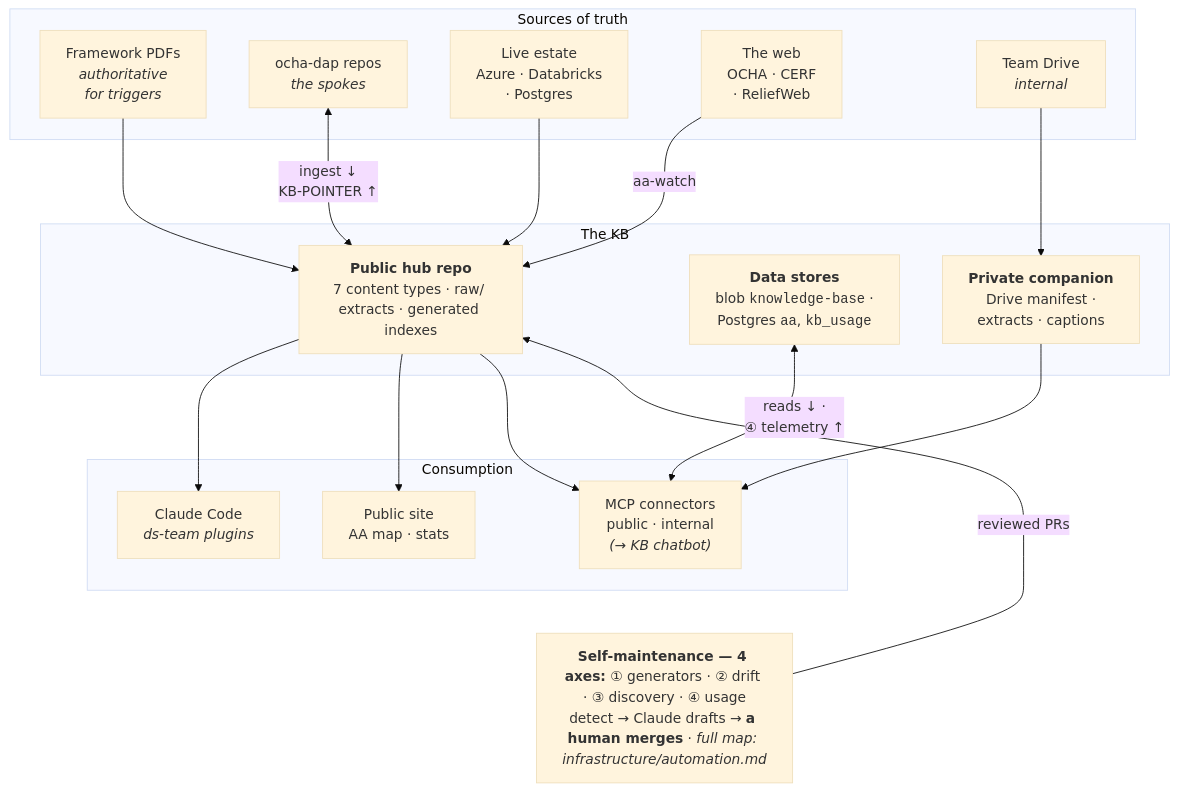
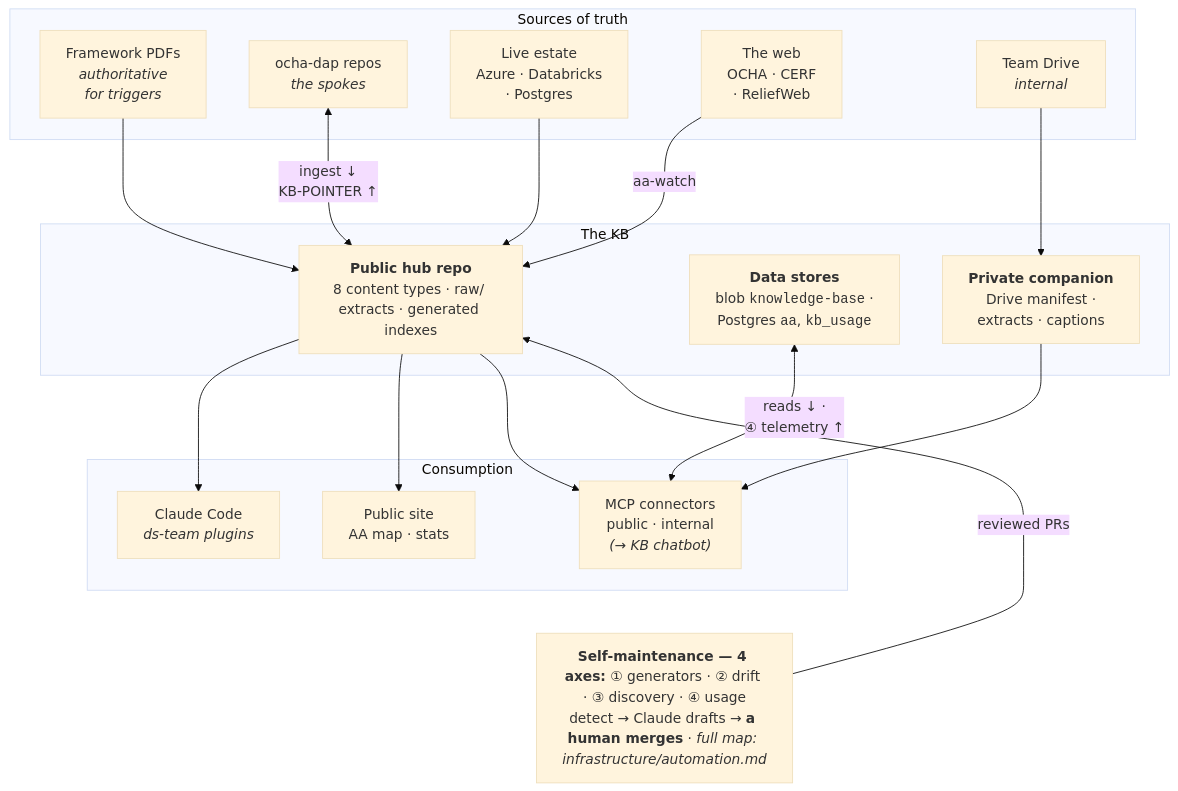
The diagram in docs/DESIGN.md (OCHA-DAP/ds-knowledge-base), drawn with Mermaid (base theme) before and after one commit. The commit also changed 4 other files, not shown here.

````diff
--- a/docs/DESIGN.md
+++ b/docs/DESIGN.md
@@ -13,40 +13,40 @@
 ```mermaid
 flowchart TD
   subgraph SRC["Sources of truth"]
     PDF["Framework PDFs<br/><i>authoritative<br/>for triggers</i>"]
     Repos["ocha-dap repos<br/><i>the spokes</i>"]
     Live["Live estate<br/>Azure · Databricks<br/>· Postgres"]
     Web["The web<br/>OCHA · CERF<br/>· ReliefWeb"]
     Drive["Team Drive<br/><i>internal</i>"]
   end
 
   subgraph KB["The KB"]
-    Hub["<b>Public hub repo</b><br/>7 content types · raw/ extracts · generated indexes"]
+    Hub["<b>Public hub repo</b><br/>8 content types · raw/ extracts · generated indexes"]
     Int["<b>Private companion</b><br/>Drive manifest ·<br/>extracts · captions"]
     Data["<b>Data stores</b><br/>blob <code>knowledge-base</code> ·<br/>Postgres <code>aa</code>, <code>kb_usage</code>"]
   end
 
   subgraph OUT["Consumption"]
     CC["Claude Code<br/><i>ds-team plugins</i>"]
     Site["Public site<br/>AA map · stats"]
     MCP["MCP connectors<br/>public · internal<br/><i>(→ KB chatbot)</i>"]
   end
 
   Maint["<b>Self-maintenance — 4 axes:</b> ① generators · ② drift · ③ discovery · ④ usage<br/>detect → Claude drafts → <b>a human merges</b> · <i>full map: infrastructure/automation.md</i>"]
 
   PDF --> Hub
   Repos <-->|"ingest ↓<br/>KB-POINTER ↑"| Hub
   Live --> Hub
   Web -->|"aa-watch"| Hub
   Drive --> Int
   Web ~~~ Data
 
   Hub --> CC
   Hub --> Site
   Hub --> MCP
   Int --> MCP
   Data <-->|"reads ↓ ·<br/>④ telemetry ↑"| MCP
 
   MCP ~~~ Maint
   Maint -->|"reviewed PRs"| Hub
 ```
````
